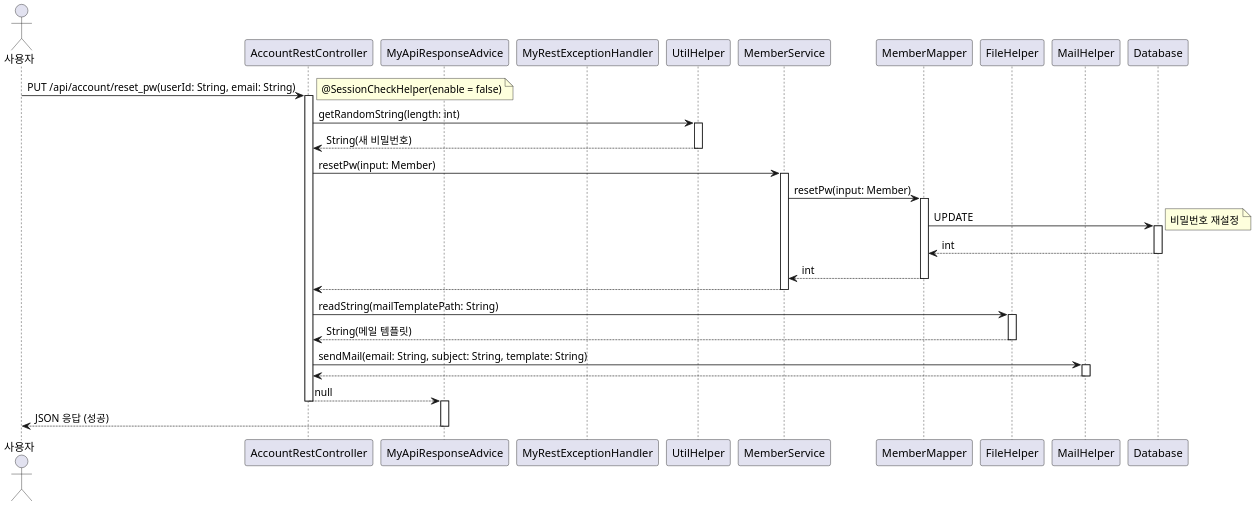
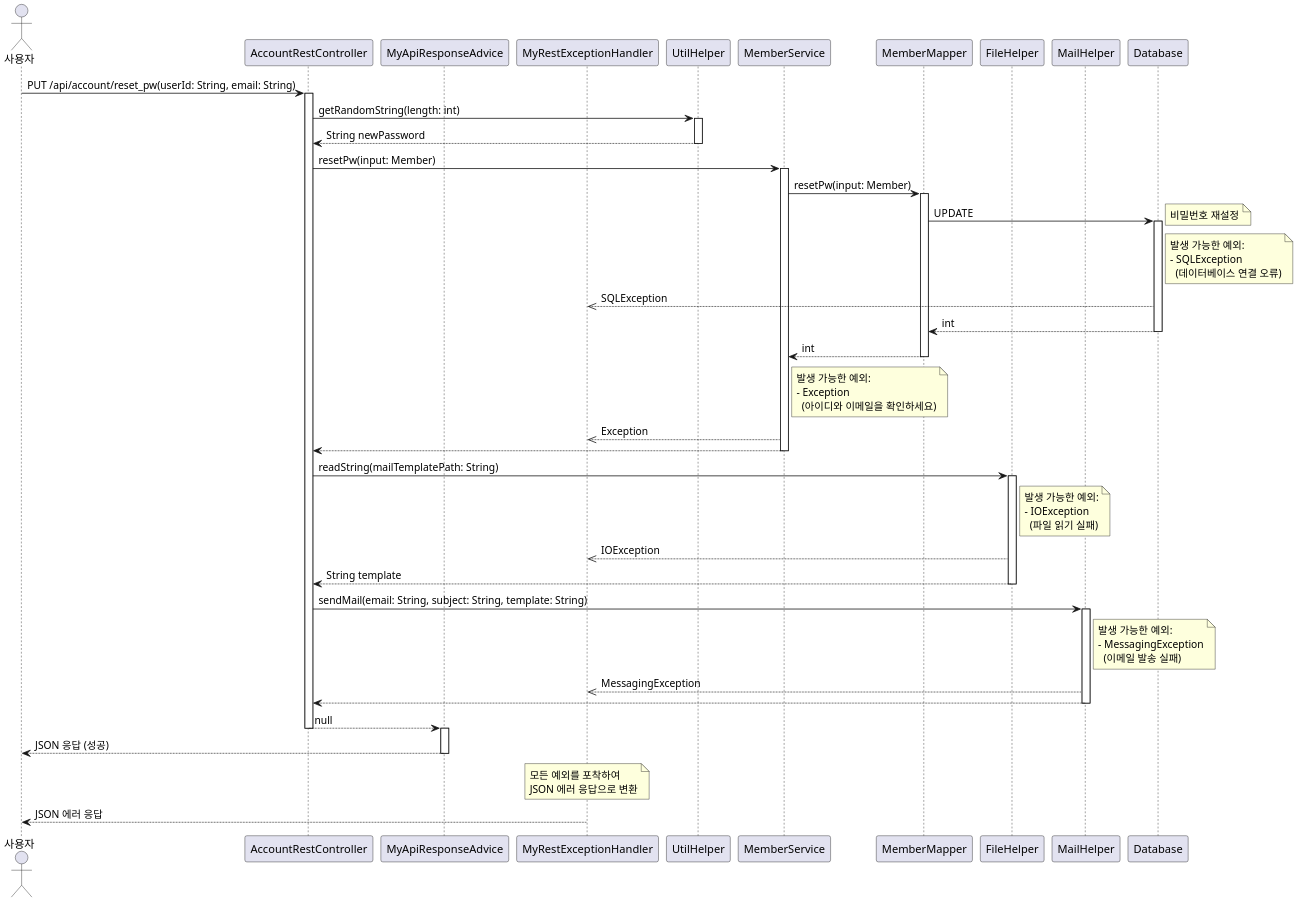
The diagram in uml/AccountRestController/resetPw_Sequence.puml (leekh4232/study-myshop), drawn with PlantUML before and after one commit. The commit also changed 138 other files, not shown here.

```diff
--- a/uml/AccountRestController/resetPw_Sequence.puml
+++ b/uml/AccountRestController/resetPw_Sequence.puml
@@ -1,54 +1,64 @@
 @startuml
 skinparam dpi 200
 
 actor Actor as "사용자"
 participant AccountRestController
 participant MyApiResponseAdvice
 participant MyRestExceptionHandler
 participant UtilHelper
 participant MemberService
 participant MemberMapper
 participant FileHelper
 participant MailHelper
 participant Database
 
 Actor -> AccountRestController: PUT /api/account/reset_pw(userId: String, email: String)
 activate AccountRestController
-note right: @SessionCheckHelper(enable = false)
 
 AccountRestController -> UtilHelper: getRandomString(length: int)
 activate UtilHelper
-UtilHelper --> AccountRestController: String(새 비밀번호)
+UtilHelper --> AccountRestController: String newPassword
 deactivate UtilHelper
 
 AccountRestController -> MemberService: resetPw(input: Member)
 activate MemberService
 MemberService -> MemberMapper: resetPw(input: Member)
 activate MemberMapper
 MemberMapper -> Database: UPDATE
 activate Database
 note right: 비밀번호 재설정
+note right of Database: 발생 가능한 예외:\n- SQLException\n  (데이터베이스 연결 오류)
+Database -->> MyRestExceptionHandler: SQLException
 Database --> MemberMapper: int
 deactivate Database
 MemberMapper --> MemberService: int
 deactivate MemberMapper
+note right of MemberService: 발생 가능한 예외:\n- Exception\n  (아이디와 이메일을 확인하세요)
+MemberService -->> MyRestExceptionHandler: Exception
 MemberService --> AccountRestController
 deactivate MemberService
 
 AccountRestController -> FileHelper: readString(mailTemplatePath: String)
 activate FileHelper
-FileHelper --> AccountRestController: String(메일 템플릿)
+note right of FileHelper: 발생 가능한 예외:\n- IOException\n  (파일 읽기 실패)
+FileHelper -->> MyRestExceptionHandler: IOException
+FileHelper --> AccountRestController: String template
 deactivate FileHelper
 
 AccountRestController -> MailHelper: sendMail(email: String, subject: String, template: String)
 activate MailHelper
+note right of MailHelper: 발생 가능한 예외:\n- MessagingException\n  (이메일 발송 실패)
+MailHelper -->> MyRestExceptionHandler: MessagingException
 MailHelper --> AccountRestController
 deactivate MailHelper
 
 AccountRestController --> MyApiResponseAdvice: null
 deactivate AccountRestController
 activate MyApiResponseAdvice
 MyApiResponseAdvice --> Actor: JSON 응답 (성공)
 deactivate MyApiResponseAdvice
 
+note over MyRestExceptionHandler: 모든 예외를 포착하여\nJSON 에러 응답으로 변환
+MyRestExceptionHandler --> Actor: JSON 에러 응답
+
 @enduml
```
